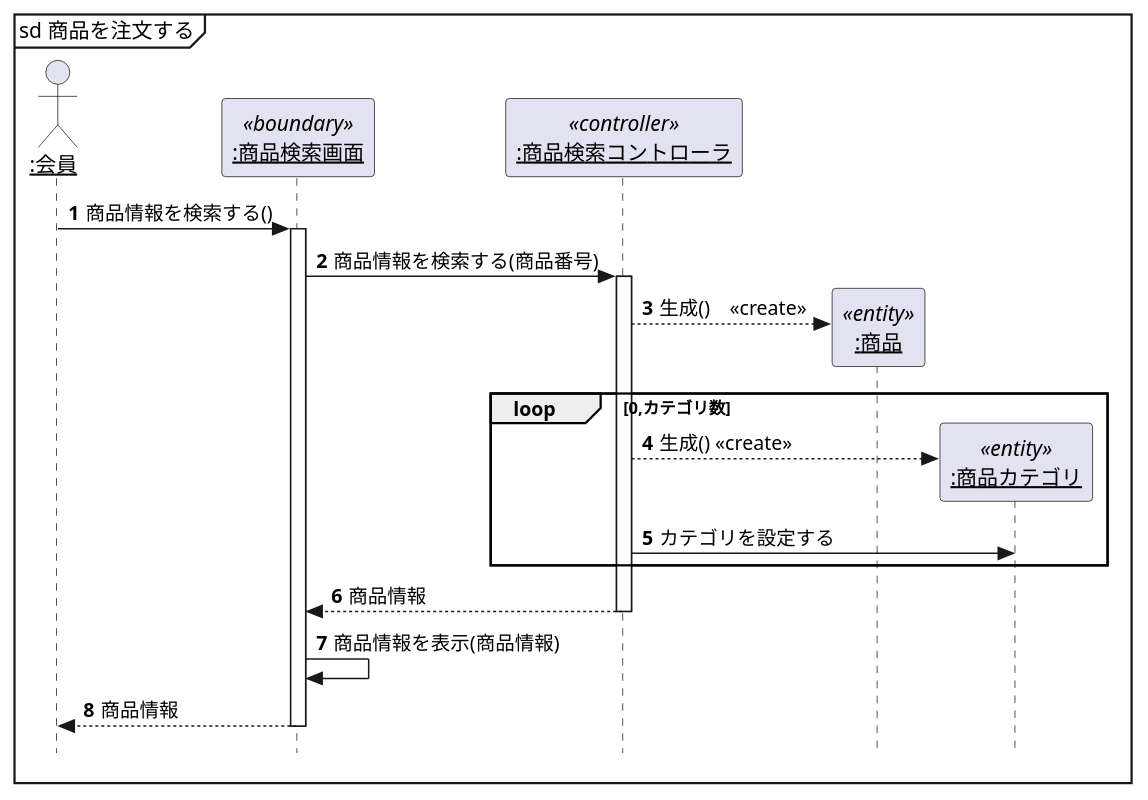
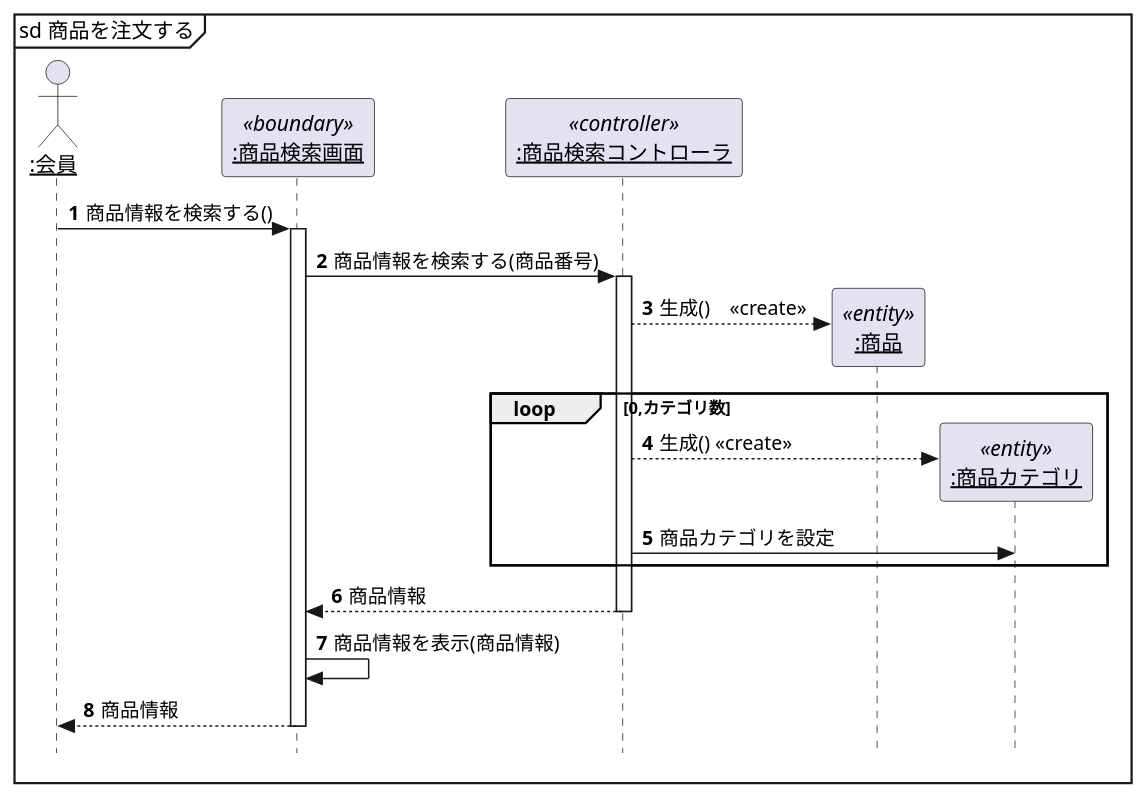
Before and after one commit to koha0516/uml-introduction: the diagram in 演習4-5_SD_商品情報検索.pu, drawn with PlantUML.

Commit message:
演習4-5

```diff
--- a/演習4-5_SD_商品情報検索.pu
+++ b/演習4-5_SD_商品情報検索.pu
@@ -1,32 +1,32 @@
 @startuml 商品を注文する
 hide footbox
 'メッセージに自動で番号を降る
 autonumber
 ' 厳密なUMLに準拠する
 skinparam style strictuml
 
 Actor "<u>:会員</u>" as member
 participant "<u>:商品検索画面</u>" as boundary <<boundary>>
 participant "<u>:商品検索コントローラ</u>" as controller <<controller>>
 
 
 mainframe sd 商品を注文する 
 
 member -> boundary : 商品情報を検索する()
     activate  boundary
     boundary -> controller : 商品情報を検索する(商品番号)
         activate controller
             create  "<u>:商品</u>" as goods <<entity>>
             controller --> goods : 生成()　<<create>>
             loop 0,カテゴリ数
                 create  "<u>:商品カテゴリ</u>" as cate <<entity>>
                 controller --> cate : 生成() <<create>>
-                    controller -> cate : カテゴリを設定する
+                    controller -> cate : 商品カテゴリを設定
             end loop
             boundary <-- controller : 商品情報
         deactivate controller
     boundary -> boundary : 商品情報を表示(商品情報)    
     member <-- boundary : 商品情報
 deactivate boundary
 
 @enduml
```
